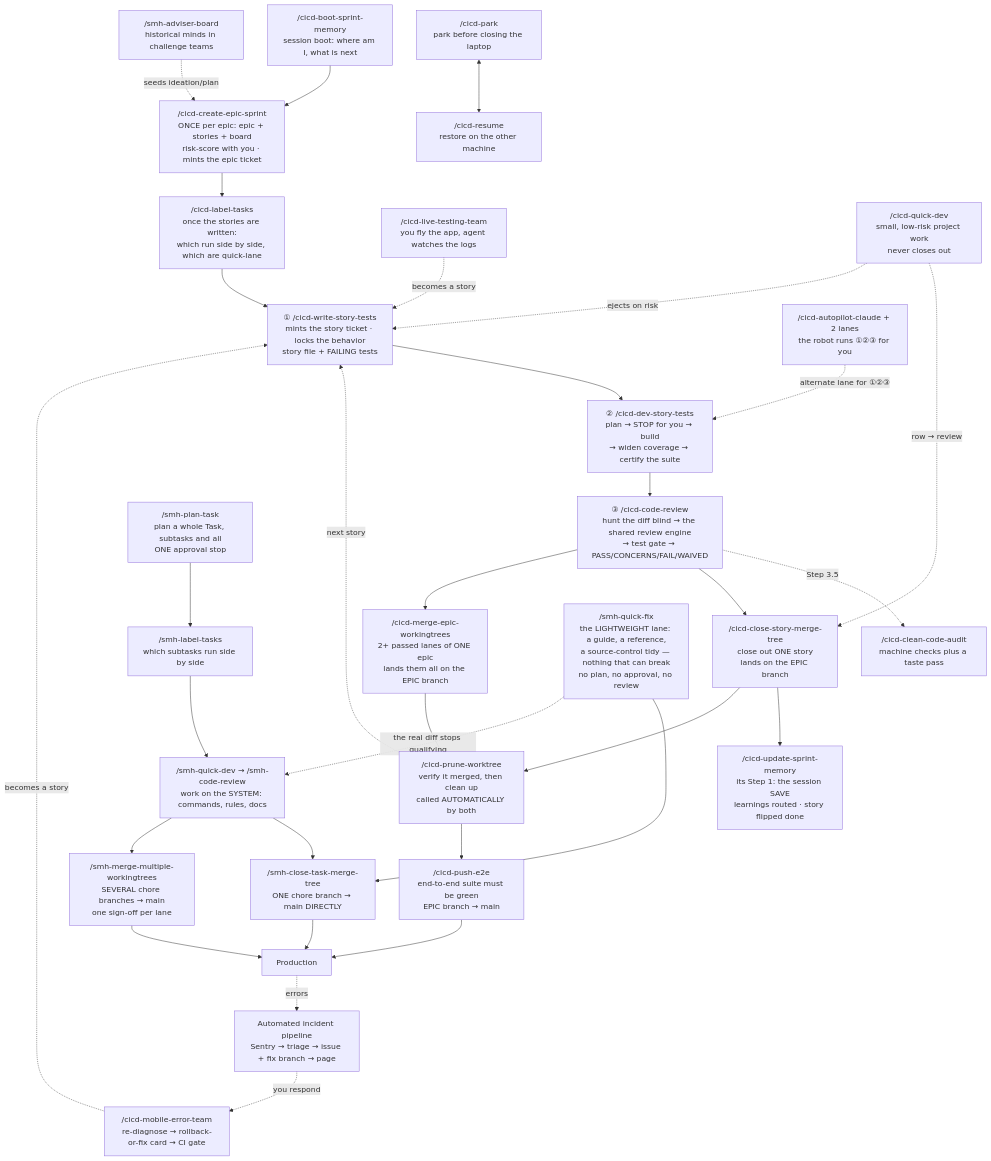
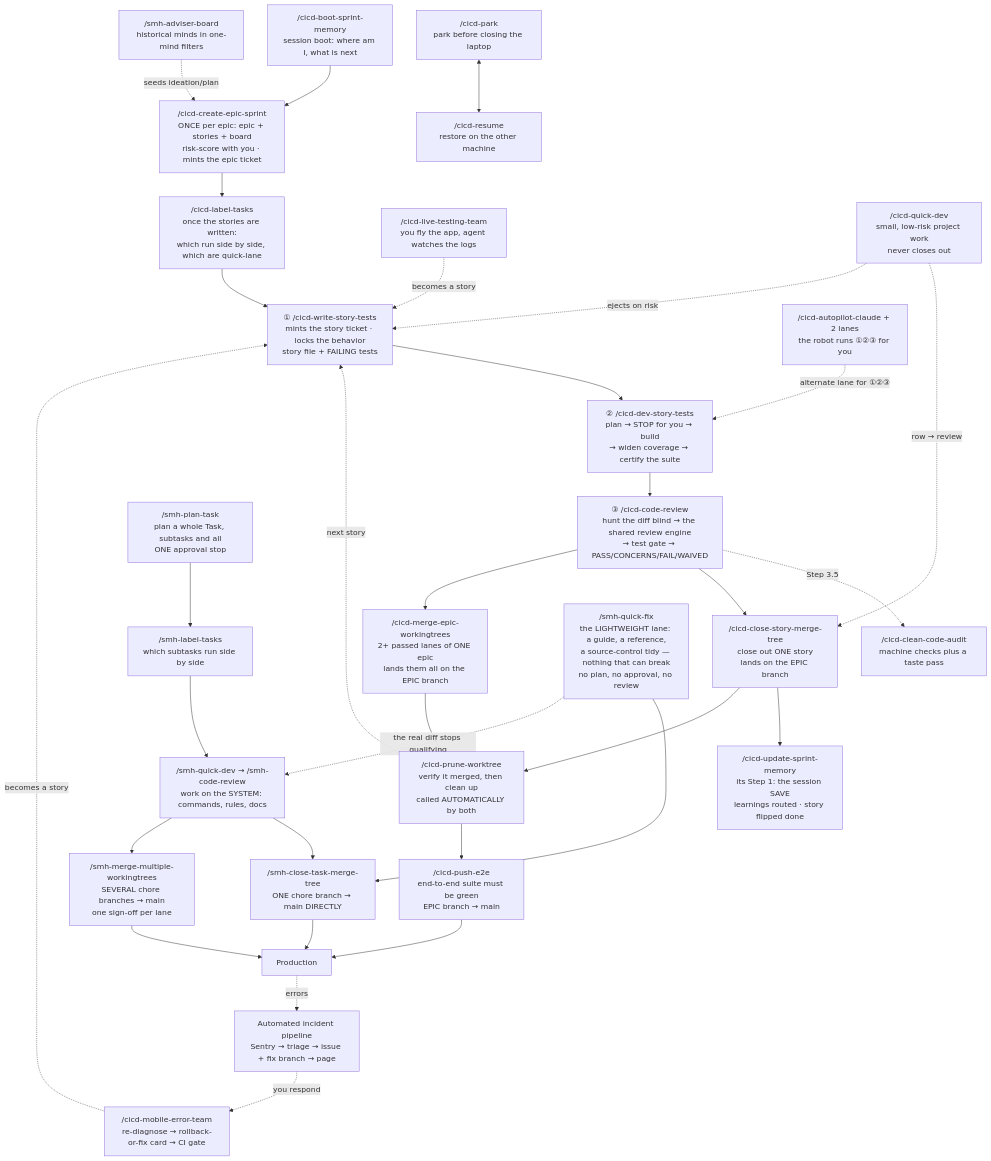
Before and after one commit to sudomadhatter/Sudo_Hatter_Command: the first of 45 diagrams in docs/_scc_sops_prds/workflows_testing_SOP.md, drawn with Mermaid. The commit also changed other lines of this file and 27 other files, not shown here.

First line of the commit message:
SCC-340 rework /smh-adviser-board to one-filter-one-mind board rounds

````diff
--- a/docs/_scc_sops_prds/workflows_testing_SOP.md
+++ b/docs/_scc_sops_prds/workflows_testing_SOP.md
@@ -296,34 +296,34 @@
 ```mermaid
 flowchart TD
     BOOT["/cicd-boot-sprint-memory\nsession boot: where am I, what is next"] --> KICK["/cicd-create-epic-sprint\nONCE per epic: epic + stories + board\nrisk-score with you · mints the epic ticket"]
     KICK --> LABEL["/cicd-label-tasks\nonce the stories are written:\nwhich run side by side, which are quick-lane"]
     LABEL --> ONE["① /cicd-write-story-tests\nmints the story ticket · locks the behavior\nstory file + FAILING tests"]
     ONE --> TWO["② /cicd-dev-story-tests\nplan → STOP for you → build\n→ widen coverage → certify the suite"]
     TWO --> THREE["③ /cicd-code-review\nhunt the diff blind → the shared review engine\n→ test gate → PASS/CONCERNS/FAIL/WAIVED"]
     THREE -.->|"Step 3.5"| CLEAN["/cicd-clean-code-audit\nmachine checks plus a taste pass"]
     THREE --> CLOSE["/cicd-close-story-merge-tree\nclose out ONE story\nlands on the EPIC branch"]
     THREE --> MERGE["/cicd-merge-epic-workingtrees\n2+ passed lanes of ONE epic\nlands them all on the EPIC branch"]
     CLOSE --> SAVE["/cicd-update-sprint-memory\nits Step 1: the session SAVE\nlearnings routed · story flipped done"]
     CLOSE --> CLOSEWT["/cicd-prune-worktree\nverify it merged, then clean up\ncalled AUTOMATICALLY by both"]
     MERGE --> CLOSEWT
     CLOSEWT -.->|"next story"| ONE
     CLOSEWT --> SHIP["/cicd-push-e2e\nend-to-end suite must be green\nEPIC branch → main"]
     SHIP --> PROD["Production"]
     PROD -.->|"errors"| SEC["Automated incident pipeline\nSentry → triage → issue + fix branch → page"]
     SEC -.->|"you respond"| MOBERR["/cicd-mobile-error-team\nre-diagnose → rollback-or-fix card → CI gate"]
     MOBERR -.->|"becomes a story"| ONE
     LIVE["/cicd-live-testing-team\nyou fly the app, agent watches the logs"] -.->|"becomes a story"| ONE
     QD["/cicd-quick-dev\nsmall, low-risk project work\nnever closes out"] -.->|"row → review"| CLOSE
     QD -.->|"ejects on risk"| ONE
-    ADV["/smh-adviser-board\nhistorical minds in challenge teams"] -.->|"seeds ideation/plan"| KICK
+    ADV["/smh-adviser-board\nhistorical minds in one-mind filters"] -.->|"seeds ideation/plan"| KICK
     AP["/cicd-autopilot-claude + 2 lanes\nthe robot runs ①②③ for you"] -.->|"alternate lane for ①②③"| TWO
     PT["/smh-plan-task\nplan a whole Task, subtasks and all\nONE approval stop"] --> SLABEL["/smh-label-tasks\nwhich subtasks run side by side"]
     SLABEL --> TASK["/smh-quick-dev → /smh-code-review\nwork on the SYSTEM: commands, rules, docs"]
     QF["/smh-quick-fix\nthe LIGHTWEIGHT lane: a guide, a reference,\na source-control tidy — nothing that can break\nno plan, no approval, no review"] --> TASKCLOSE
     QF -.->|"the real diff stops qualifying"| TASK
     TASK --> TASKCLOSE["/smh-close-task-merge-tree\nONE chore branch → main DIRECTLY"]
     TASK --> TASKMULTI["/smh-merge-multiple-workingtrees\nSEVERAL chore branches → main\none sign-off per lane"]
     TASKCLOSE --> PROD
     TASKMULTI --> PROD
     PARK["/cicd-park\npark before closing the laptop"] <--> RESUME["/cicd-resume\nrestore on the other machine"]
 ```
````
